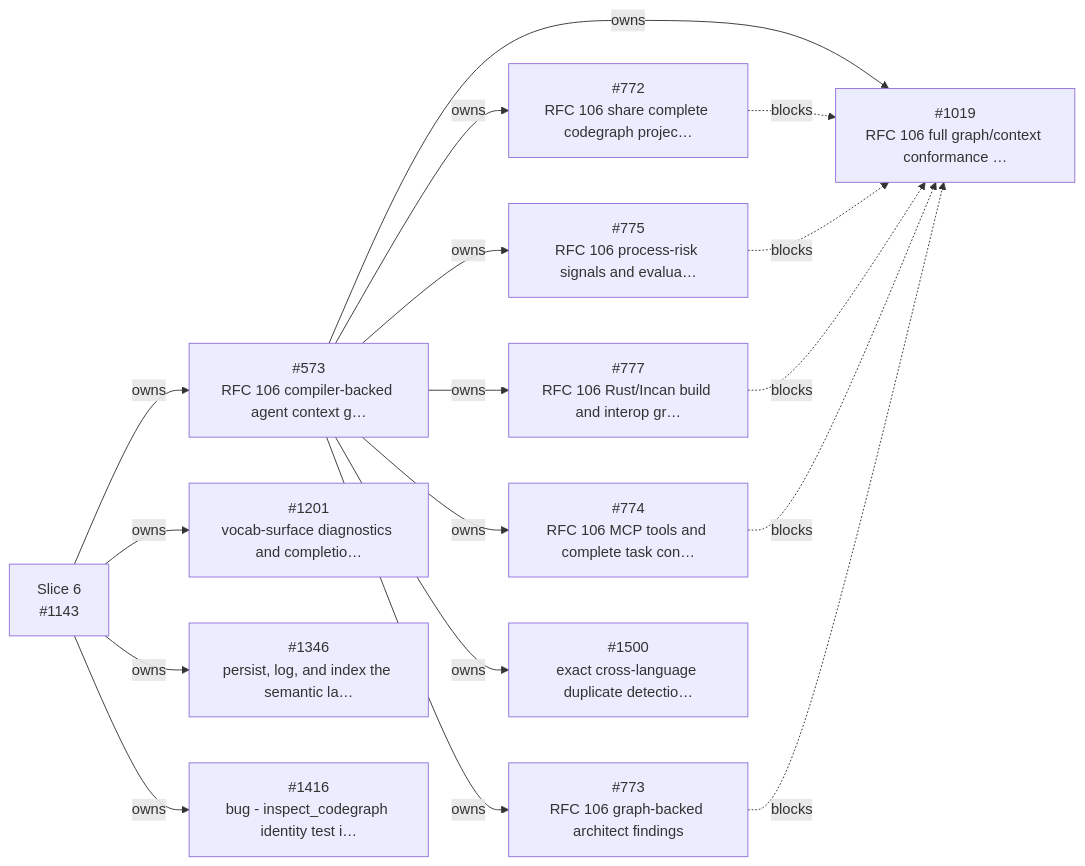
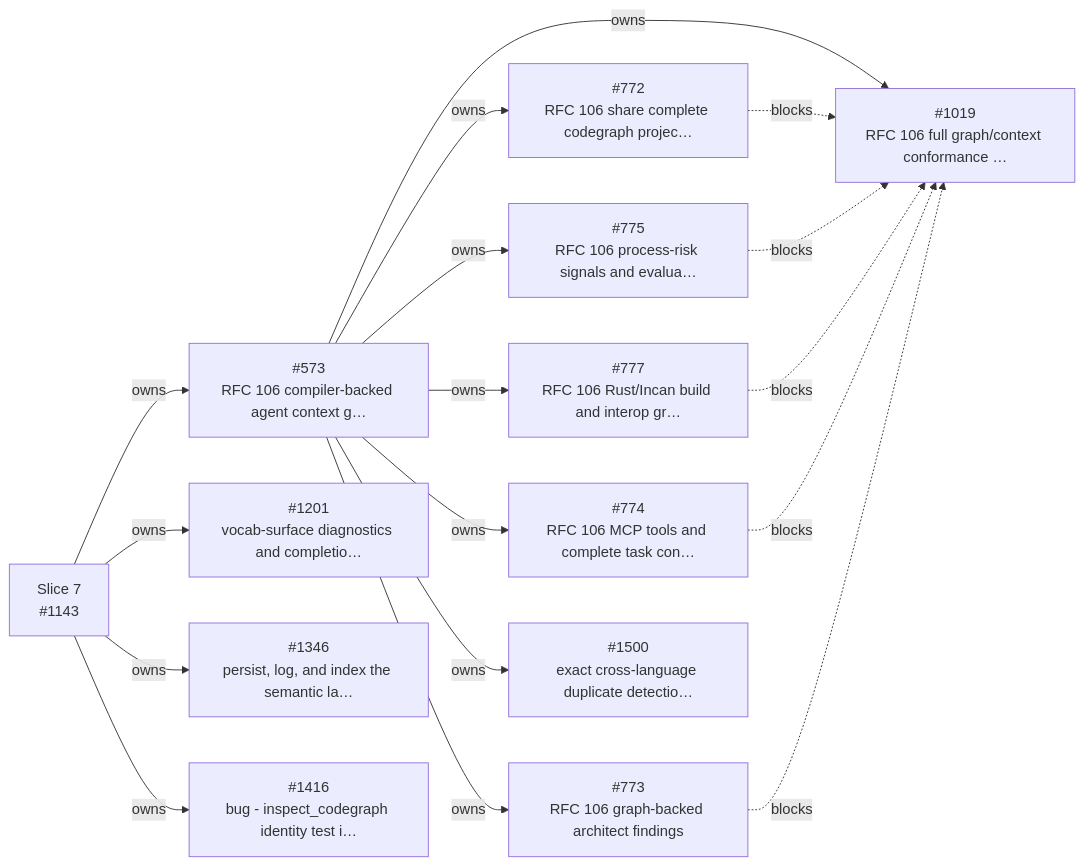
Before and after one commit to encero-systems/incan: the seventh of 11 diagrams in workspaces/docs-site/docs/_snippets/project/v0_6_roadmap.md, drawn with Mermaid. The commit also changed other lines of this file and 2 other files, not shown here.

First line of the commit message:
chore - carve v0.6 Slice 5 out of Slice 4 and renumber 5-10 to 6-11 (#1141, #1561)

````diff
--- a/workspaces/docs-site/docs/_snippets/project/v0_6_roadmap.md
+++ b/workspaces/docs-site/docs/_snippets/project/v0_6_roadmap.md
@@ -461,43 +480,43 @@
 ```mermaid
 flowchart LR
   i573["#573<br/>RFC 106 compiler-backed agent context g…"]
   i772["#772<br/>RFC 106 share complete codegraph projec…"]
   i773["#773<br/>RFC 106 graph-backed architect findings"]
   i774["#774<br/>RFC 106 MCP tools and complete task con…"]
   i775["#775<br/>RFC 106 process-risk signals and evalua…"]
   i777["#777<br/>RFC 106 Rust/Incan build and interop gr…"]
   i1019["#1019<br/>RFC 106 full graph/context conformance …"]
-  s1143["Slice 6<br/>#1143"]
+  s1143["Slice 7<br/>#1143"]
   i1201["#1201<br/>vocab-surface diagnostics and completio…"]
   i1346["#1346<br/>persist, log, and index the semantic la…"]
   i1416["#1416<br/>bug - inspect_codegraph identity test i…"]
   i1500["#1500<br/>exact cross-language duplicate detectio…"]
   s1143 -- owns --> i573
   i573 -- owns --> i772
   i573 -- owns --> i773
   i573 -- owns --> i774
   i573 -- owns --> i775
   i573 -- owns --> i777
   i573 -- owns --> i1019
   s1143 -- owns --> i1201
   s1143 -- owns --> i1346
   s1143 -- owns --> i1416
   i573 -- owns --> i1500
   i772 -. blocks .-> i1019
   i775 -. blocks .-> i1019
   i777 -. blocks .-> i1019
   i774 -. blocks .-> i1019
   i773 -. blocks .-> i1019
   click i573 href "https://github.com/encero-systems/incan/issues/573" "Open #573 on GitHub"
   click i772 href "https://github.com/encero-systems/incan/issues/772" "Open #772 on GitHub"
   click i773 href "https://github.com/encero-systems/incan/issues/773" "Open #773 on GitHub"
   click i774 href "https://github.com/encero-systems/incan/issues/774" "Open #774 on GitHub"
   click i775 href "https://github.com/encero-systems/incan/issues/775" "Open #775 on GitHub"
   click i777 href "https://github.com/encero-systems/incan/issues/777" "Open #777 on GitHub"
   click i1019 href "https://github.com/encero-systems/incan/issues/1019" "Open #1019 on GitHub"
   click s1143 href "https://github.com/encero-systems/incan/issues/1143" "Open #1143 on GitHub"
   click i1201 href "https://github.com/encero-systems/incan/issues/1201" "Open #1201 on GitHub"
   click i1346 href "https://github.com/encero-systems/incan/issues/1346" "Open #1346 on GitHub"
   click i1416 href "https://github.com/encero-systems/incan/issues/1416" "Open #1416 on GitHub"
   click i1500 href "https://github.com/encero-systems/incan/issues/1500" "Open #1500 on GitHub"
 ```
````
